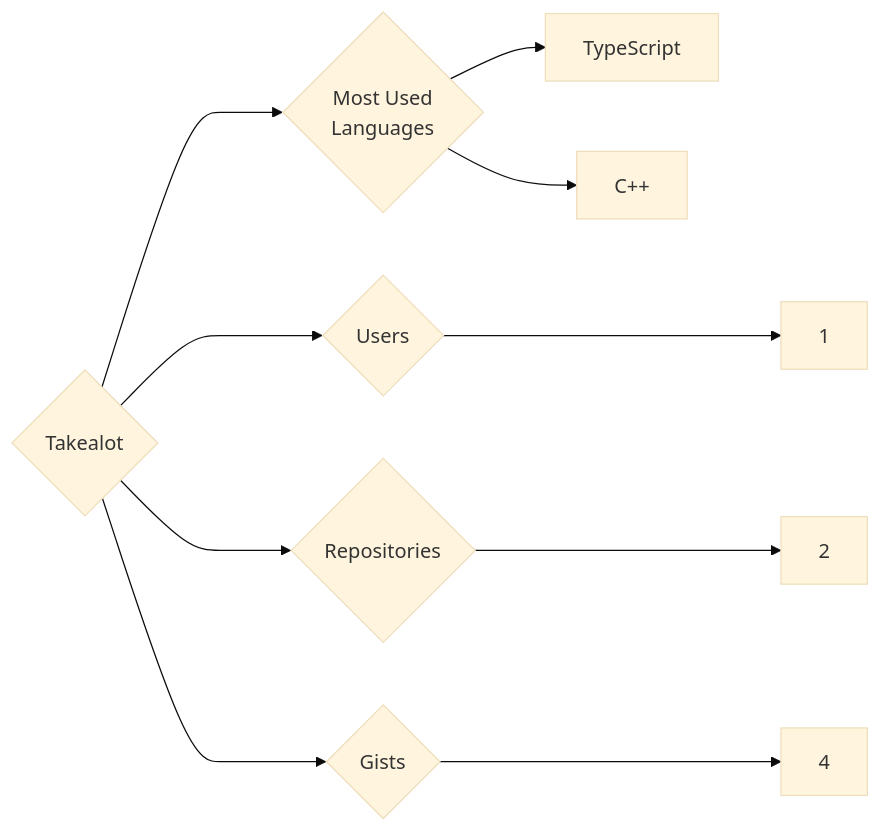
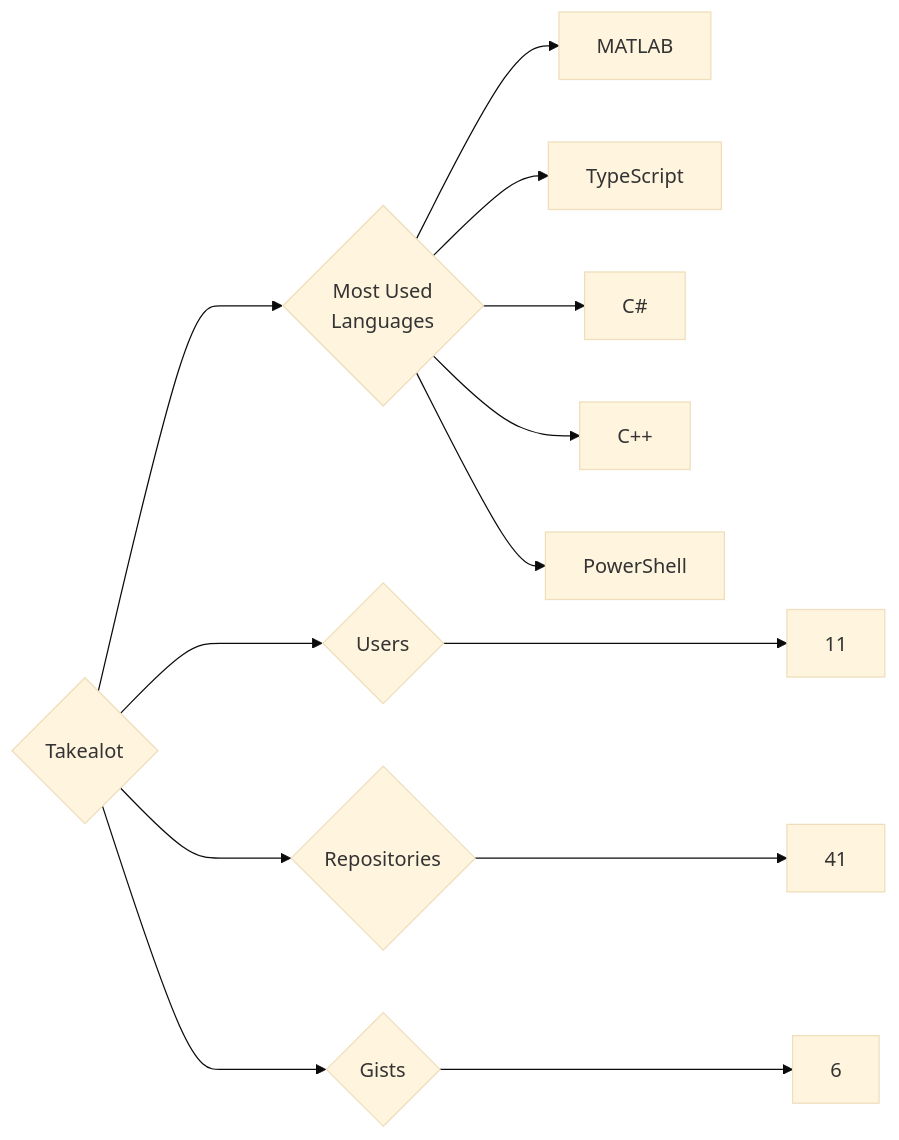
One commit to trickest/insiders changed the diagram in targets/Takealot/README.md. Above: the diagram before and after it, drawn with Mermaid (base theme). The commit also changed 534 other files, not shown here.

````diff
--- a/targets/Takealot/README.md
+++ b/targets/Takealot/README.md
@@ -3,10 +3,13 @@
 ```mermaid
 graph LR
 COMPANY_NAME{Takealot}
-COMPANY_NAME ---> U{Users} ---> UN[1]
-COMPANY_NAME ---> R{Repositories} ---> RN[2]
-COMPANY_NAME ---> G{Gists} ---> GN[4]
+COMPANY_NAME ---> U{Users} ---> UN[11]
+COMPANY_NAME ---> R{Repositories} ---> RN[41]
+COMPANY_NAME ---> G{Gists} ---> GN[6]
 COMPANY_NAME ---> ML{Most Used<br>Languages}
+ML --> MATLAB[MATLAB]
 ML --> TypeScript[TypeScript]
+ML --> C#[C#]
 ML --> C++[C++]
+ML --> PowerShell[PowerShell]
 ```
````
